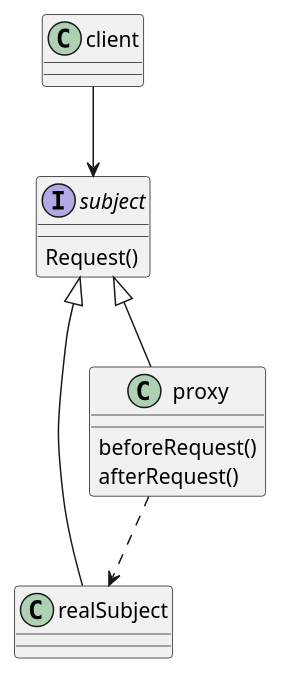
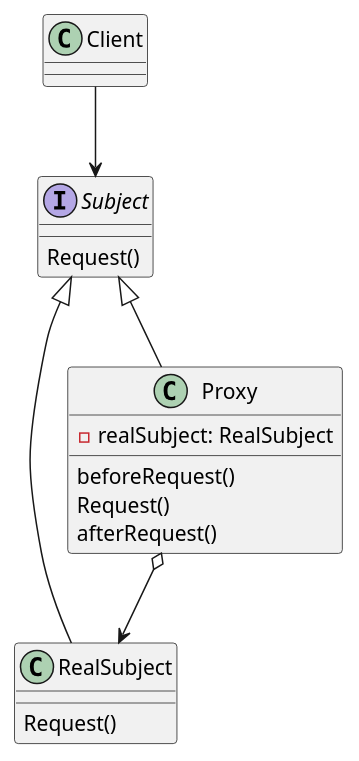
Before and after one commit to ningzhaoxing/study_note: the diagram in 学习中心/01-技术栈/系统设计/设计模式/代理模式.md, drawn with PlantUML. The commit also changed other lines of this file and 182 other files, not shown here.

````diff
--- a/学习中心/01-技术栈/系统设计/设计模式/代理模式.md
+++ b/学习中心/01-技术栈/系统设计/设计模式/代理模式.md
@@ -5,23 +15,23 @@
 ```plantuml
-interface subject {
-	Request()
+interface Subject {
+    Request()
 }
 
-class realSubject {
+class RealSubject {
+    Request()
 }
 
-class proxy {
-	beforeRequest()
-	afterRequest()
+class Proxy {
+    - realSubject: RealSubject
+    beforeRequest()
+    Request()
+    afterRequest()
 }
 
-realSubject --u|> subject
-proxy --u|> subject
+RealSubject --u|> Subject
+Proxy --u|> Subject
+Proxy o--> RealSubject
 
-proxy ..> realSubject
-
-class client {
-}
-
-client --> subject
+class Client {}
+Client --> Subject
 ```
````
